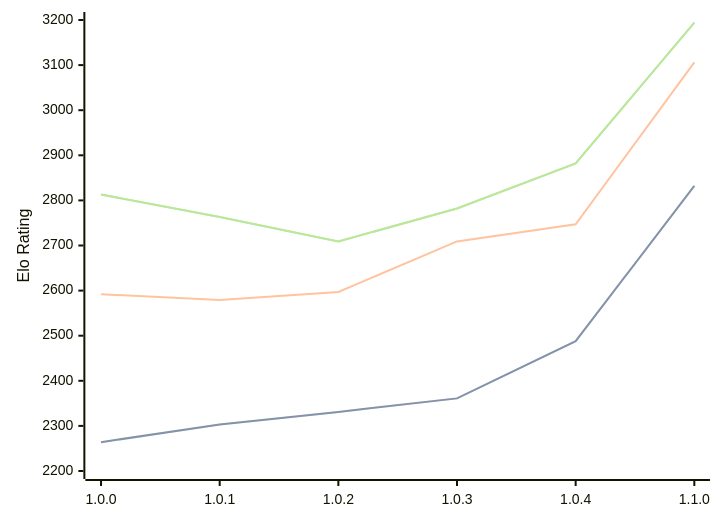
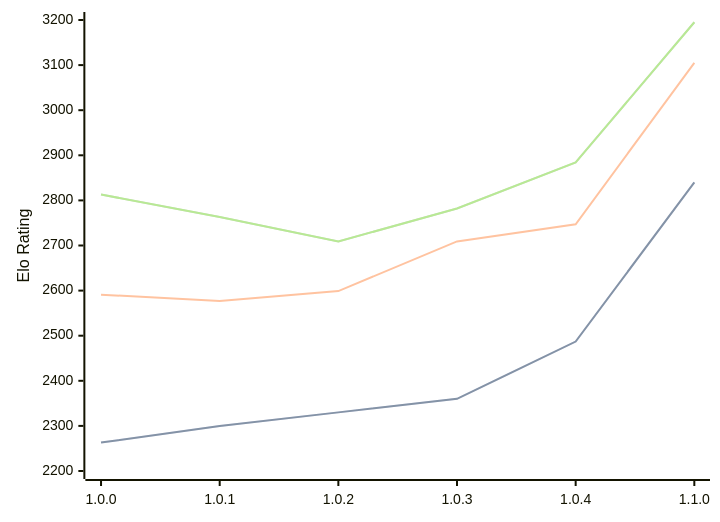
The diagram in engines/Grail.md (computer-chess-index/cci), drawn with Mermaid before and after one commit. The commit also changed other lines of this file, not shown here.

Commit message:
Update CCI Ratings (ELO VLTC) - 2026-04-01

````diff
--- a/engines/Grail.md
+++ b/engines/Grail.md
@@ -36,11 +36,11 @@
 ```mermaid
 %%{init: {"theme":"base","themeVariables":{"seriesColors:['#a3a3a3','#222221','#faa371']}}}%%
 xychart-beta
   x-axis ["1.0.0", "1.0.1", "1.0.2", "1.0.3", "1.0.4", "1.1.0"]
   y-axis "Elo Rating" 2200 --> 3200
-  line "STC (8.0+0.08s)" [2264, 2303, 2331, 2361, 2488, 2832]
-  line "STC (8.0+0.08s)" [2264, 2303, 2331, 2361, 2488, 2832]
-  line "LTC (60.0+0.60s)" [2592, 2579, 2597, 2709, 2747, 3106]
-  line "VLTC (2m24s+1.12s)" [2813, 2763, 2709, 2782, 2882, 3194]
-  line "VLTC (2m24s+1.12s)" [2813, 2763, 2709, 2782, 2882, 3194]
+  line "STC (8.0+0.08s)" [2263, 2300, 2330, 2360, 2487, 2840]
+  line "STC (8.0+0.08s)" [2263, 2300, 2330, 2360, 2487, 2840]
+  line "LTC (60.0+0.60s)" [2591, 2577, 2599, 2709, 2747, 3105]
+  line "VLTC (2m24s+1.12s)" [2813, 2763, 2709, 2782, 2884, 3195]
+  line "VLTC (2m24s+1.12s)" [2813, 2763, 2709, 2782, 2884, 3195]
 ```
````
